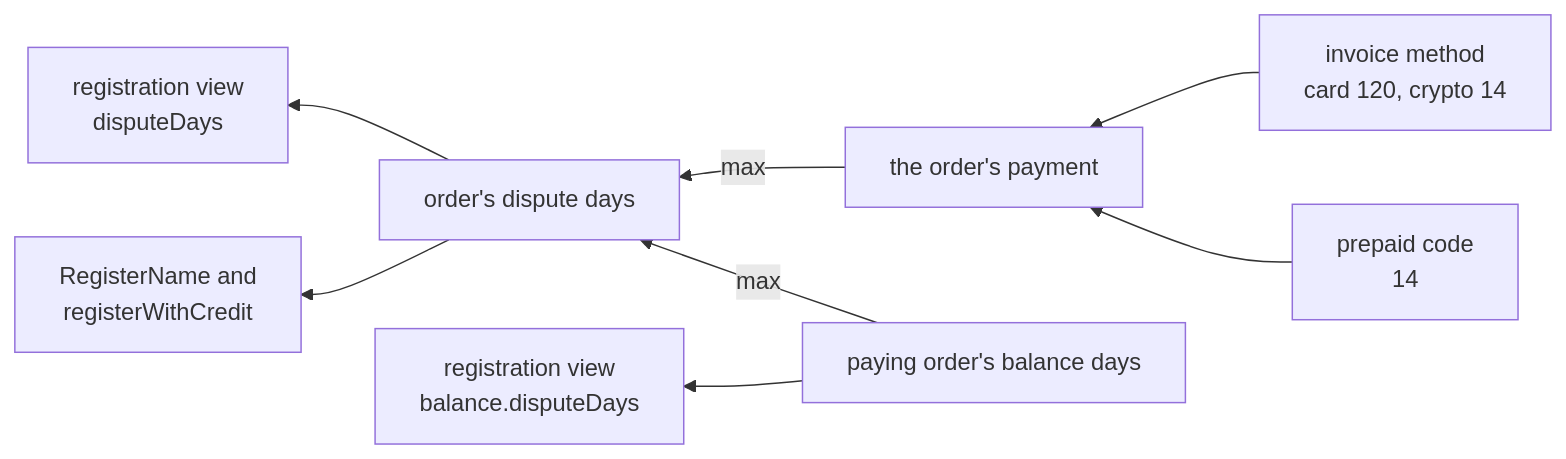
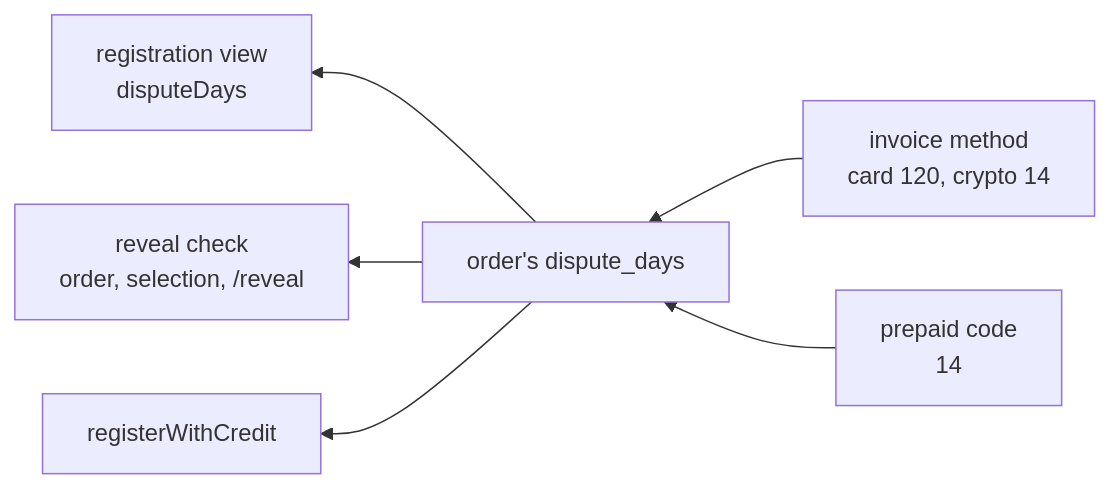
The first of 3 diagrams in plans/2026-11-20-names-dispute-days.md (simplex-chat/simplex-chat), drawn with Mermaid before and after one commit. The commit also changed other lines of this file and 37 other files, not shown here.

First line of the commit message:
store: dispute days by payment, and ended names

````diff
--- a/plans/2026-11-20-names-dispute-days.md
+++ b/plans/2026-11-20-names-dispute-days.md
@@ -71,10 +57,8 @@
 ```mermaid
 flowchart RL
-  method["invoice method<br>card 120, crypto 14"] --> own["the order's payment"]
-  code["prepaid code<br>14"] --> own
-  source["paying order's balance days"] -->|"max"| days["order's dispute days"]
-  source --> balanceView["registration view<br>balance.disputeDays"]
-  own -->|"max"| days
+  method["invoice method<br>card 120, crypto 14"] --> days["order's dispute_days"]
+  code["prepaid code<br>14"] --> days
   days --> view["registration view<br>disputeDays"]
-  days --> intent["RegisterName and<br>registerWithCredit"]
+  days --> check["reveal check<br>order, selection, /reveal"]
+  days --> intent["registerWithCredit"]
 ```
````
